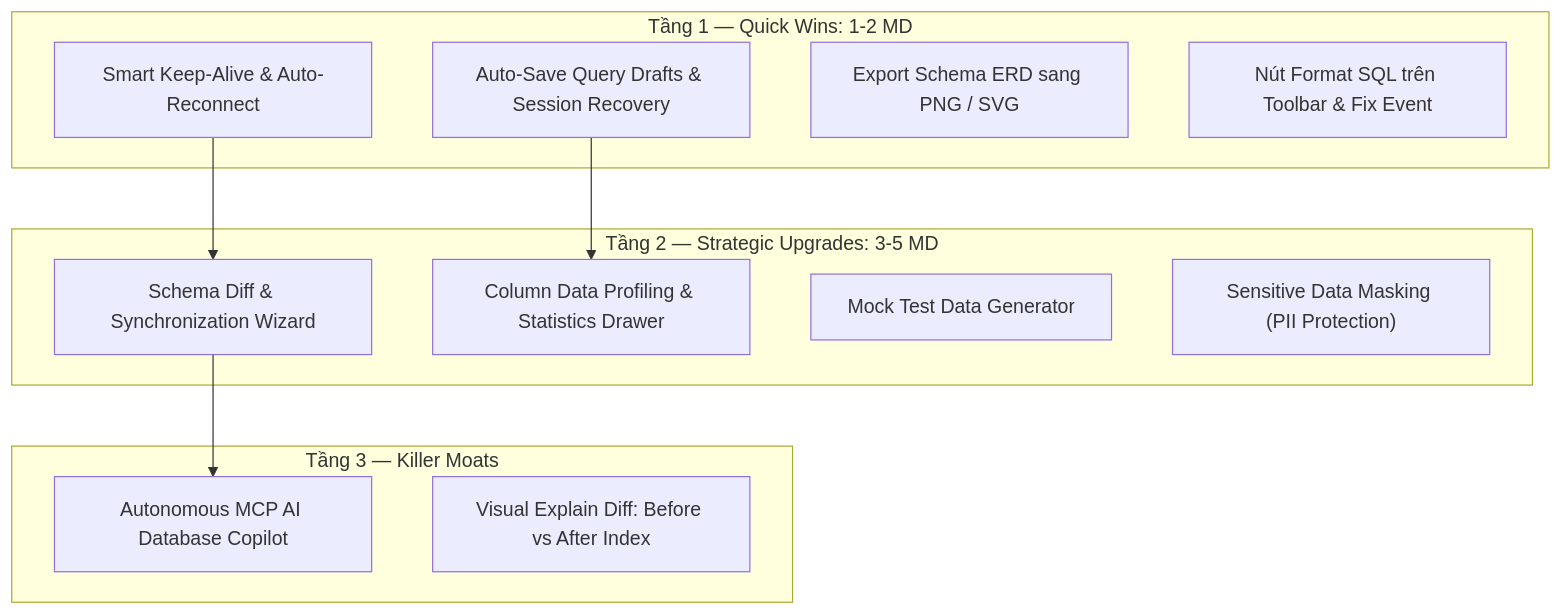
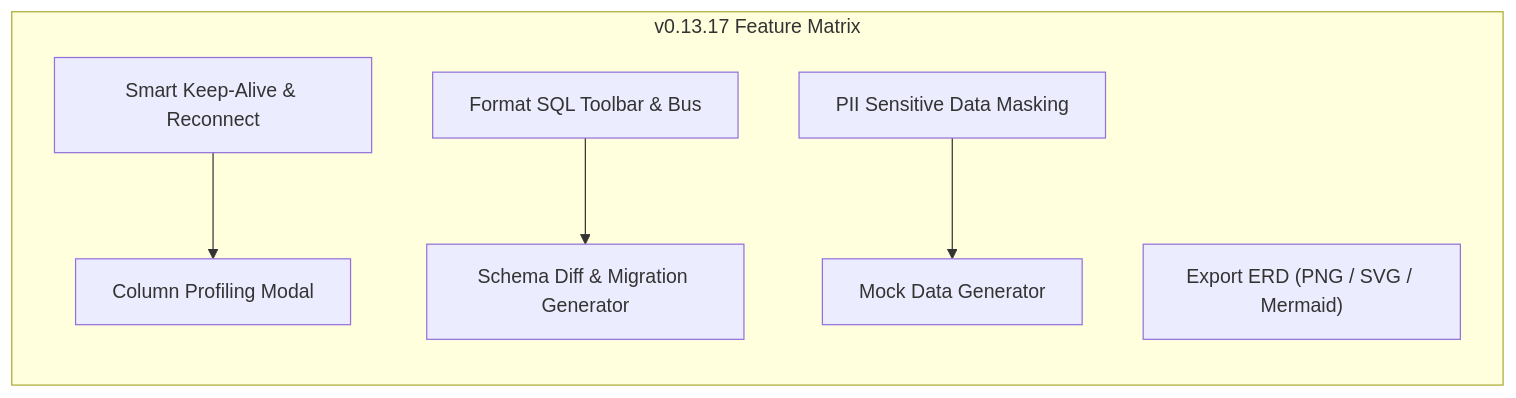
One commit to bakaryuu1997-sys/Tabularis changed the diagram in Product_Teardown_Report.md. Above: the diagram before and after it, drawn with Mermaid. The commit also changed other lines of this file, not shown here.

````diff
--- a/Product_Teardown_Report.md
+++ b/Product_Teardown_Report.md
@@ -56,25 +29,16 @@
 ```mermaid
-graph TD
-  subgraph Tầng 1: Quick Wins [Tầng 1 — Quick Wins: 1-2 MD]
-    QW1["Smart Keep-Alive & Auto-Reconnect"]
-    QW2["Auto-Save Query Drafts & Session Recovery"]
-    QW3["Export Schema ERD sang PNG / SVG"]
-    QW4["Nút Format SQL trên Toolbar & Fix Event"]
+flowchart LR
+  subgraph Giai đoạn Đã Hoàn thành [v0.13.17 Feature Matrix]
+    KA["Smart Keep-Alive & Reconnect"]
+    FS["Format SQL Toolbar & Bus"]
+    DM["PII Sensitive Data Masking"]
+    CP["Column Profiling Modal"]
+    MD["Mock Data Generator"]
+    SD["Schema Diff & Migration Generator"]
+    DE["Export ERD (PNG / SVG / Mermaid)"]
   end
-
-  subgraph Tầng 2: Strategic Upgrades [Tầng 2 — Strategic Upgrades: 3-5 MD]
-    SU1["Schema Diff & Synchronization Wizard"]
-    SU2["Column Data Profiling & Statistics Drawer"]
-    SU3["Mock Test Data Generator"]
-    SU4["Sensitive Data Masking (PII Protection)"]
-  end
-
-  subgraph Tầng 3: Killer Moats [Tầng 3 — Killer Moats]
-    KM1["Autonomous MCP AI Database Copilot"]
-    KM2["Visual Explain Diff: Before vs After Index"]
-  end
-
-  QW1 --> SU1
-  QW2 --> SU2
-  SU1 --> KM1
+  
+  KA --> CP
+  FS --> SD
+  DM --> MD
 ```
````
